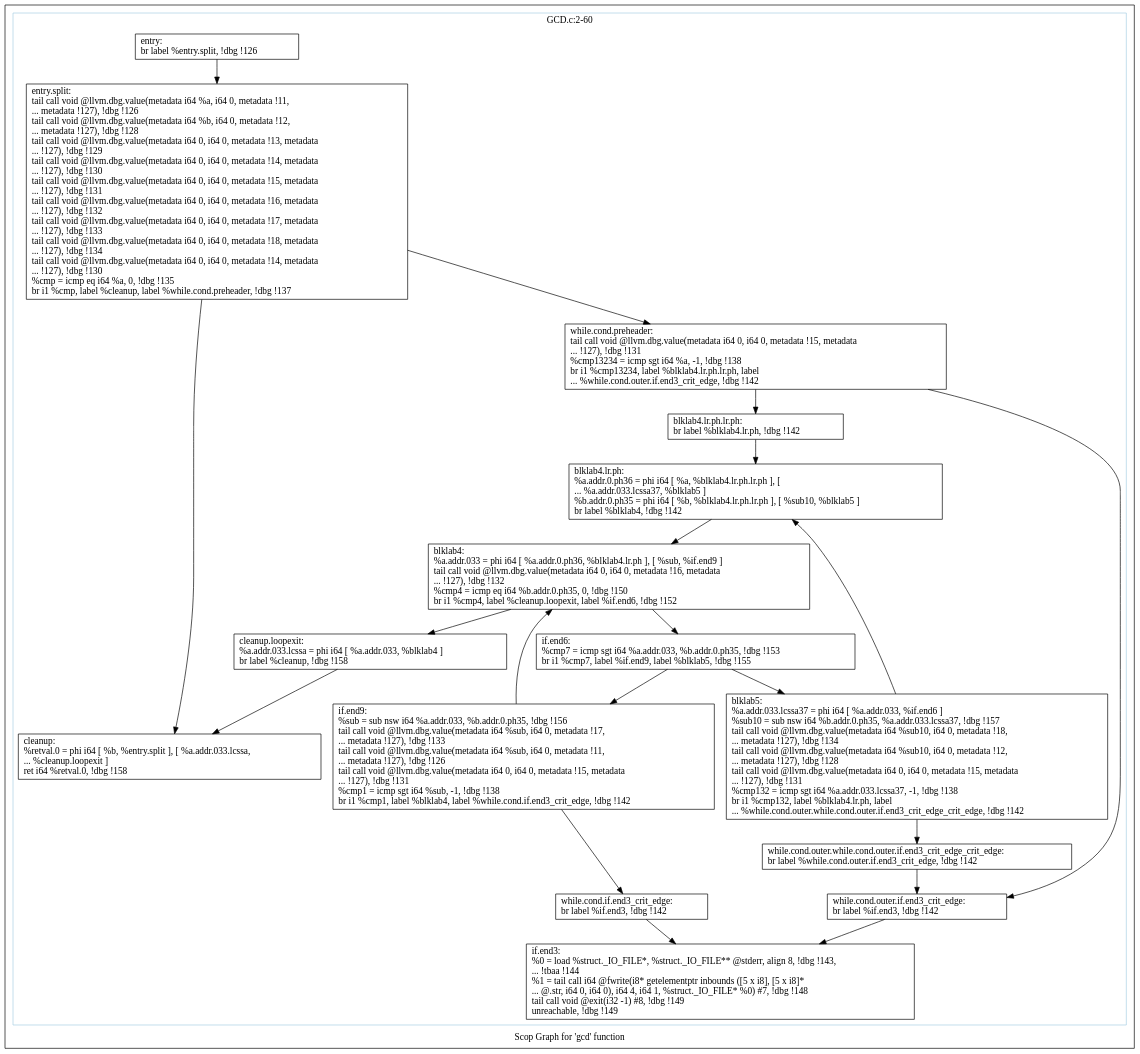
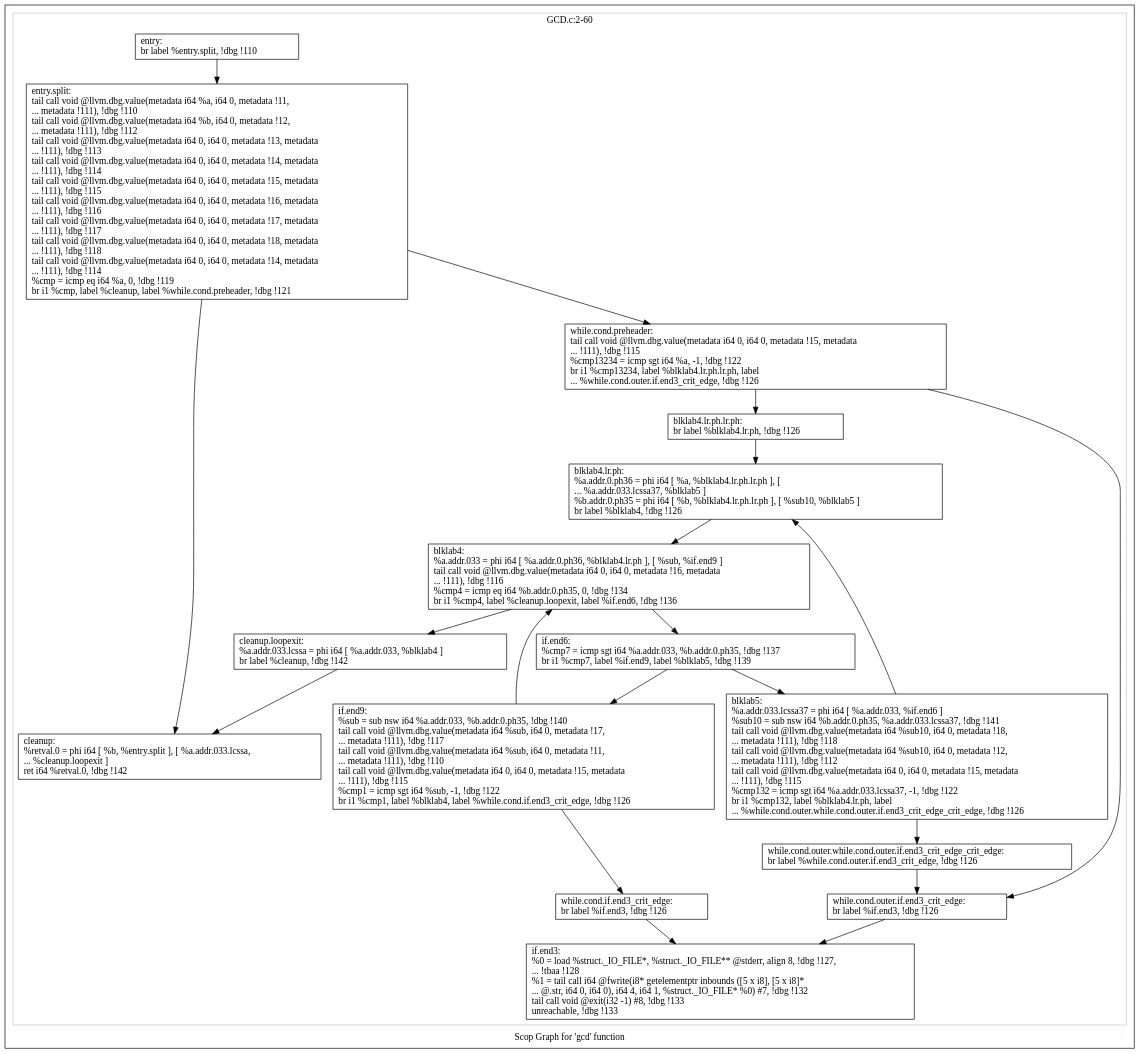
Before and after one commit to samminweng/WhileyOpenCL: the diagram in polly/GCD/impl/autogenerate/dot/scops.gcd.dot, drawn with Graphviz. The commit also changed 22 other files, not shown here.

```diff
--- a/polly/GCD/impl/autogenerate/dot/scops.gcd.dot
+++ b/polly/GCD/impl/autogenerate/dot/scops.gcd.dot
@@ -1,60 +1,60 @@
 digraph "Scop Graph for 'gcd' function" {
 	label="Scop Graph for 'gcd' function";
 
-	Node0x9edcd60 [shape=record,label="{entry:\l  br label %entry.split, !dbg !126\l}"];
-	Node0x9edcd60 -> Node0x9ec67d0;
-	Node0x9ec67d0 [shape=record,label="{entry.split:                                      \l  tail call void @llvm.dbg.value(metadata i64 %a, i64 0, metadata !11,\l... metadata !127), !dbg !126\l  tail call void @llvm.dbg.value(metadata i64 %b, i64 0, metadata !12,\l... metadata !127), !dbg !128\l  tail call void @llvm.dbg.value(metadata i64 0, i64 0, metadata !13, metadata\l... !127), !dbg !129\l  tail call void @llvm.dbg.value(metadata i64 0, i64 0, metadata !14, metadata\l... !127), !dbg !130\l  tail call void @llvm.dbg.value(metadata i64 0, i64 0, metadata !15, metadata\l... !127), !dbg !131\l  tail call void @llvm.dbg.value(metadata i64 0, i64 0, metadata !16, metadata\l... !127), !dbg !132\l  tail call void @llvm.dbg.value(metadata i64 0, i64 0, metadata !17, metadata\l... !127), !dbg !133\l  tail call void @llvm.dbg.value(metadata i64 0, i64 0, metadata !18, metadata\l... !127), !dbg !134\l  tail call void @llvm.dbg.value(metadata i64 0, i64 0, metadata !14, metadata\l... !127), !dbg !130\l  %cmp = icmp eq i64 %a, 0, !dbg !135\l  br i1 %cmp, label %cleanup, label %while.cond.preheader, !dbg !137\l}"];
-	Node0x9ec67d0 -> Node0x9f0a650;
-	Node0x9ec67d0 -> Node0x9eb05f0;
-	Node0x9f0a650 [shape=record,label="{cleanup:                                          \l  %retval.0 = phi i64 [ %b, %entry.split ], [ %a.addr.033.lcssa,\l... %cleanup.loopexit ]\l  ret i64 %retval.0, !dbg !158\l}"];
-	Node0x9eb05f0 [shape=record,label="{while.cond.preheader:                             \l  tail call void @llvm.dbg.value(metadata i64 0, i64 0, metadata !15, metadata\l... !127), !dbg !131\l  %cmp13234 = icmp sgt i64 %a, -1, !dbg !138\l  br i1 %cmp13234, label %blklab4.lr.ph.lr.ph, label\l... %while.cond.outer.if.end3_crit_edge, !dbg !142\l}"];
-	Node0x9eb05f0 -> Node0x9ed87c0;
-	Node0x9eb05f0 -> Node0x9f0ea00;
-	Node0x9ed87c0 [shape=record,label="{blklab4.lr.ph.lr.ph:                              \l  br label %blklab4.lr.ph, !dbg !142\l}"];
-	Node0x9ed87c0 -> Node0x9ebff30;
-	Node0x9ebff30 [shape=record,label="{blklab4.lr.ph:                                    \l  %a.addr.0.ph36 = phi i64 [ %a, %blklab4.lr.ph.lr.ph ], [\l... %a.addr.033.lcssa37, %blklab5 ]\l  %b.addr.0.ph35 = phi i64 [ %b, %blklab4.lr.ph.lr.ph ], [ %sub10, %blklab5 ]\l  br label %blklab4, !dbg !142\l}"];
-	Node0x9ebff30 -> Node0x9ed7440;
-	Node0x9ed7440 [shape=record,label="{blklab4:                                          \l  %a.addr.033 = phi i64 [ %a.addr.0.ph36, %blklab4.lr.ph ], [ %sub, %if.end9 ]\l  tail call void @llvm.dbg.value(metadata i64 0, i64 0, metadata !16, metadata\l... !127), !dbg !132\l  %cmp4 = icmp eq i64 %b.addr.0.ph35, 0, !dbg !150\l  br i1 %cmp4, label %cleanup.loopexit, label %if.end6, !dbg !152\l}"];
-	Node0x9ed7440 -> Node0x9ed7780;
-	Node0x9ed7440 -> Node0x9ed65b0;
-	Node0x9ed7780 [shape=record,label="{cleanup.loopexit:                                 \l  %a.addr.033.lcssa = phi i64 [ %a.addr.033, %blklab4 ]\l  br label %cleanup, !dbg !158\l}"];
-	Node0x9ed7780 -> Node0x9f0a650;
-	Node0x9ed65b0 [shape=record,label="{if.end6:                                          \l  %cmp7 = icmp sgt i64 %a.addr.033, %b.addr.0.ph35, !dbg !153\l  br i1 %cmp7, label %if.end9, label %blklab5, !dbg !155\l}"];
-	Node0x9ed65b0 -> Node0x9fb4bb0;
-	Node0x9ed65b0 -> Node0x9edc130;
-	Node0x9fb4bb0 [shape=record,label="{if.end9:                                          \l  %sub = sub nsw i64 %a.addr.033, %b.addr.0.ph35, !dbg !156\l  tail call void @llvm.dbg.value(metadata i64 %sub, i64 0, metadata !17,\l... metadata !127), !dbg !133\l  tail call void @llvm.dbg.value(metadata i64 %sub, i64 0, metadata !11,\l... metadata !127), !dbg !126\l  tail call void @llvm.dbg.value(metadata i64 0, i64 0, metadata !15, metadata\l... !127), !dbg !131\l  %cmp1 = icmp sgt i64 %sub, -1, !dbg !138\l  br i1 %cmp1, label %blklab4, label %while.cond.if.end3_crit_edge, !dbg !142\l}"];
-	Node0x9fb4bb0 -> Node0x9ed7440;
-	Node0x9fb4bb0 -> Node0x9eb72f0;
-	Node0x9eb72f0 [shape=record,label="{while.cond.if.end3_crit_edge:                     \l  br label %if.end3, !dbg !142\l}"];
-	Node0x9eb72f0 -> Node0x9f0d9f0;
-	Node0x9f0d9f0 [shape=record,label="{if.end3:                                          \l  %0 = load %struct._IO_FILE*, %struct._IO_FILE** @stderr, align 8, !dbg !143,\l... !tbaa !144\l  %1 = tail call i64 @fwrite(i8* getelementptr inbounds ([5 x i8], [5 x i8]*\l... @.str, i64 0, i64 0), i64 4, i64 1, %struct._IO_FILE* %0) #7, !dbg !148\l  tail call void @exit(i32 -1) #8, !dbg !149\l  unreachable, !dbg !149\l}"];
-	Node0x9edc130 [shape=record,label="{blklab5:                                          \l  %a.addr.033.lcssa37 = phi i64 [ %a.addr.033, %if.end6 ]\l  %sub10 = sub nsw i64 %b.addr.0.ph35, %a.addr.033.lcssa37, !dbg !157\l  tail call void @llvm.dbg.value(metadata i64 %sub10, i64 0, metadata !18,\l... metadata !127), !dbg !134\l  tail call void @llvm.dbg.value(metadata i64 %sub10, i64 0, metadata !12,\l... metadata !127), !dbg !128\l  tail call void @llvm.dbg.value(metadata i64 0, i64 0, metadata !15, metadata\l... !127), !dbg !131\l  %cmp132 = icmp sgt i64 %a.addr.033.lcssa37, -1, !dbg !138\l  br i1 %cmp132, label %blklab4.lr.ph, label\l... %while.cond.outer.while.cond.outer.if.end3_crit_edge_crit_edge, !dbg !142\l}"];
-	Node0x9edc130 -> Node0x9ebff30;
-	Node0x9edc130 -> Node0x9eb0dd0;
-	Node0x9eb0dd0 [shape=record,label="{while.cond.outer.while.cond.outer.if.end3_crit_edge_crit_edge: \l  br label %while.cond.outer.if.end3_crit_edge, !dbg !142\l}"];
-	Node0x9eb0dd0 -> Node0x9f0ea00;
-	Node0x9f0ea00 [shape=record,label="{while.cond.outer.if.end3_crit_edge:               \l  br label %if.end3, !dbg !142\l}"];
-	Node0x9f0ea00 -> Node0x9f0d9f0;
+	Node0xa81be10 [shape=record,label="{entry:\l  br label %entry.split, !dbg !110\l}"];
+	Node0xa81be10 -> Node0xa8071f0;
+	Node0xa8071f0 [shape=record,label="{entry.split:                                      \l  tail call void @llvm.dbg.value(metadata i64 %a, i64 0, metadata !11,\l... metadata !111), !dbg !110\l  tail call void @llvm.dbg.value(metadata i64 %b, i64 0, metadata !12,\l... metadata !111), !dbg !112\l  tail call void @llvm.dbg.value(metadata i64 0, i64 0, metadata !13, metadata\l... !111), !dbg !113\l  tail call void @llvm.dbg.value(metadata i64 0, i64 0, metadata !14, metadata\l... !111), !dbg !114\l  tail call void @llvm.dbg.value(metadata i64 0, i64 0, metadata !15, metadata\l... !111), !dbg !115\l  tail call void @llvm.dbg.value(metadata i64 0, i64 0, metadata !16, metadata\l... !111), !dbg !116\l  tail call void @llvm.dbg.value(metadata i64 0, i64 0, metadata !17, metadata\l... !111), !dbg !117\l  tail call void @llvm.dbg.value(metadata i64 0, i64 0, metadata !18, metadata\l... !111), !dbg !118\l  tail call void @llvm.dbg.value(metadata i64 0, i64 0, metadata !14, metadata\l... !111), !dbg !114\l  %cmp = icmp eq i64 %a, 0, !dbg !119\l  br i1 %cmp, label %cleanup, label %while.cond.preheader, !dbg !121\l}"];
+	Node0xa8071f0 -> Node0xa7fb380;
+	Node0xa8071f0 -> Node0xa807c10;
+	Node0xa7fb380 [shape=record,label="{cleanup:                                          \l  %retval.0 = phi i64 [ %b, %entry.split ], [ %a.addr.033.lcssa,\l... %cleanup.loopexit ]\l  ret i64 %retval.0, !dbg !142\l}"];
+	Node0xa807c10 [shape=record,label="{while.cond.preheader:                             \l  tail call void @llvm.dbg.value(metadata i64 0, i64 0, metadata !15, metadata\l... !111), !dbg !115\l  %cmp13234 = icmp sgt i64 %a, -1, !dbg !122\l  br i1 %cmp13234, label %blklab4.lr.ph.lr.ph, label\l... %while.cond.outer.if.end3_crit_edge, !dbg !126\l}"];
+	Node0xa807c10 -> Node0xa840d40;
+	Node0xa807c10 -> Node0xa817ad0;
+	Node0xa840d40 [shape=record,label="{blklab4.lr.ph.lr.ph:                              \l  br label %blklab4.lr.ph, !dbg !126\l}"];
+	Node0xa840d40 -> Node0xa818e20;
+	Node0xa818e20 [shape=record,label="{blklab4.lr.ph:                                    \l  %a.addr.0.ph36 = phi i64 [ %a, %blklab4.lr.ph.lr.ph ], [\l... %a.addr.033.lcssa37, %blklab5 ]\l  %b.addr.0.ph35 = phi i64 [ %b, %blklab4.lr.ph.lr.ph ], [ %sub10, %blklab5 ]\l  br label %blklab4, !dbg !126\l}"];
+	Node0xa818e20 -> Node0xa7f9ee0;
+	Node0xa7f9ee0 [shape=record,label="{blklab4:                                          \l  %a.addr.033 = phi i64 [ %a.addr.0.ph36, %blklab4.lr.ph ], [ %sub, %if.end9 ]\l  tail call void @llvm.dbg.value(metadata i64 0, i64 0, metadata !16, metadata\l... !111), !dbg !116\l  %cmp4 = icmp eq i64 %b.addr.0.ph35, 0, !dbg !134\l  br i1 %cmp4, label %cleanup.loopexit, label %if.end6, !dbg !136\l}"];
+	Node0xa7f9ee0 -> Node0xa7f5850;
+	Node0xa7f9ee0 -> Node0xa82dd10;
+	Node0xa7f5850 [shape=record,label="{cleanup.loopexit:                                 \l  %a.addr.033.lcssa = phi i64 [ %a.addr.033, %blklab4 ]\l  br label %cleanup, !dbg !142\l}"];
+	Node0xa7f5850 -> Node0xa7fb380;
+	Node0xa82dd10 [shape=record,label="{if.end6:                                          \l  %cmp7 = icmp sgt i64 %a.addr.033, %b.addr.0.ph35, !dbg !137\l  br i1 %cmp7, label %if.end9, label %blklab5, !dbg !139\l}"];
+	Node0xa82dd10 -> Node0xa815ea0;
+	Node0xa82dd10 -> Node0xa7f4700;
+	Node0xa815ea0 [shape=record,label="{if.end9:                                          \l  %sub = sub nsw i64 %a.addr.033, %b.addr.0.ph35, !dbg !140\l  tail call void @llvm.dbg.value(metadata i64 %sub, i64 0, metadata !17,\l... metadata !111), !dbg !117\l  tail call void @llvm.dbg.value(metadata i64 %sub, i64 0, metadata !11,\l... metadata !111), !dbg !110\l  tail call void @llvm.dbg.value(metadata i64 0, i64 0, metadata !15, metadata\l... !111), !dbg !115\l  %cmp1 = icmp sgt i64 %sub, -1, !dbg !122\l  br i1 %cmp1, label %blklab4, label %while.cond.if.end3_crit_edge, !dbg !126\l}"];
+	Node0xa815ea0 -> Node0xa7f9ee0;
+	Node0xa815ea0 -> Node0xa842e70;
+	Node0xa842e70 [shape=record,label="{while.cond.if.end3_crit_edge:                     \l  br label %if.end3, !dbg !126\l}"];
+	Node0xa842e70 -> Node0xa8020d0;
+	Node0xa8020d0 [shape=record,label="{if.end3:                                          \l  %0 = load %struct._IO_FILE*, %struct._IO_FILE** @stderr, align 8, !dbg !127,\l... !tbaa !128\l  %1 = tail call i64 @fwrite(i8* getelementptr inbounds ([5 x i8], [5 x i8]*\l... @.str, i64 0, i64 0), i64 4, i64 1, %struct._IO_FILE* %0) #7, !dbg !132\l  tail call void @exit(i32 -1) #8, !dbg !133\l  unreachable, !dbg !133\l}"];
+	Node0xa7f4700 [shape=record,label="{blklab5:                                          \l  %a.addr.033.lcssa37 = phi i64 [ %a.addr.033, %if.end6 ]\l  %sub10 = sub nsw i64 %b.addr.0.ph35, %a.addr.033.lcssa37, !dbg !141\l  tail call void @llvm.dbg.value(metadata i64 %sub10, i64 0, metadata !18,\l... metadata !111), !dbg !118\l  tail call void @llvm.dbg.value(metadata i64 %sub10, i64 0, metadata !12,\l... metadata !111), !dbg !112\l  tail call void @llvm.dbg.value(metadata i64 0, i64 0, metadata !15, metadata\l... !111), !dbg !115\l  %cmp132 = icmp sgt i64 %a.addr.033.lcssa37, -1, !dbg !122\l  br i1 %cmp132, label %blklab4.lr.ph, label\l... %while.cond.outer.while.cond.outer.if.end3_crit_edge_crit_edge, !dbg !126\l}"];
+	Node0xa7f4700 -> Node0xa818e20;
+	Node0xa7f4700 -> Node0xa81b0d0;
+	Node0xa81b0d0 [shape=record,label="{while.cond.outer.while.cond.outer.if.end3_crit_edge_crit_edge: \l  br label %while.cond.outer.if.end3_crit_edge, !dbg !126\l}"];
+	Node0xa81b0d0 -> Node0xa817ad0;
+	Node0xa817ad0 [shape=record,label="{while.cond.outer.if.end3_crit_edge:               \l  br label %if.end3, !dbg !126\l}"];
+	Node0xa817ad0 -> Node0xa8020d0;
 	colorscheme = "paired12"
-        subgraph cluster_0x9ee8940 {
+        subgraph cluster_0xa7f3270 {
           label = "GCD.c:2-60
 ";
           style = solid;
           color = 1
-          Node0x9edcd60;
-          Node0x9ec67d0;
-          Node0x9f0a650;
-          Node0x9eb05f0;
-          Node0x9ed87c0;
-          Node0x9ebff30;
-          Node0x9ed7440;
-          Node0x9ed7780;
-          Node0x9ed65b0;
-          Node0x9fb4bb0;
-          Node0x9eb72f0;
-          Node0x9f0d9f0;
-          Node0x9edc130;
-          Node0x9eb0dd0;
-          Node0x9f0ea00;
+          Node0xa81be10;
+          Node0xa8071f0;
+          Node0xa7fb380;
+          Node0xa807c10;
+          Node0xa840d40;
+          Node0xa818e20;
+          Node0xa7f9ee0;
+          Node0xa7f5850;
+          Node0xa82dd10;
+          Node0xa815ea0;
+          Node0xa842e70;
+          Node0xa8020d0;
+          Node0xa7f4700;
+          Node0xa81b0d0;
+          Node0xa817ad0;
         }
 }
```
